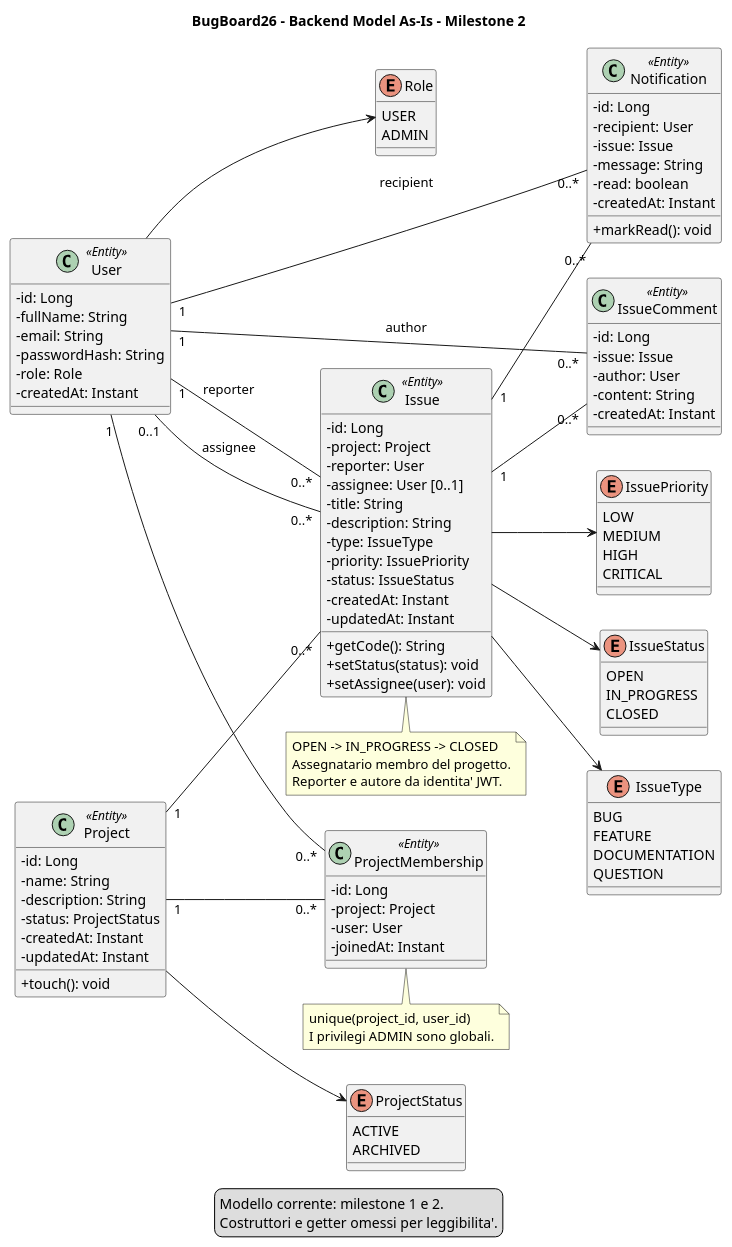
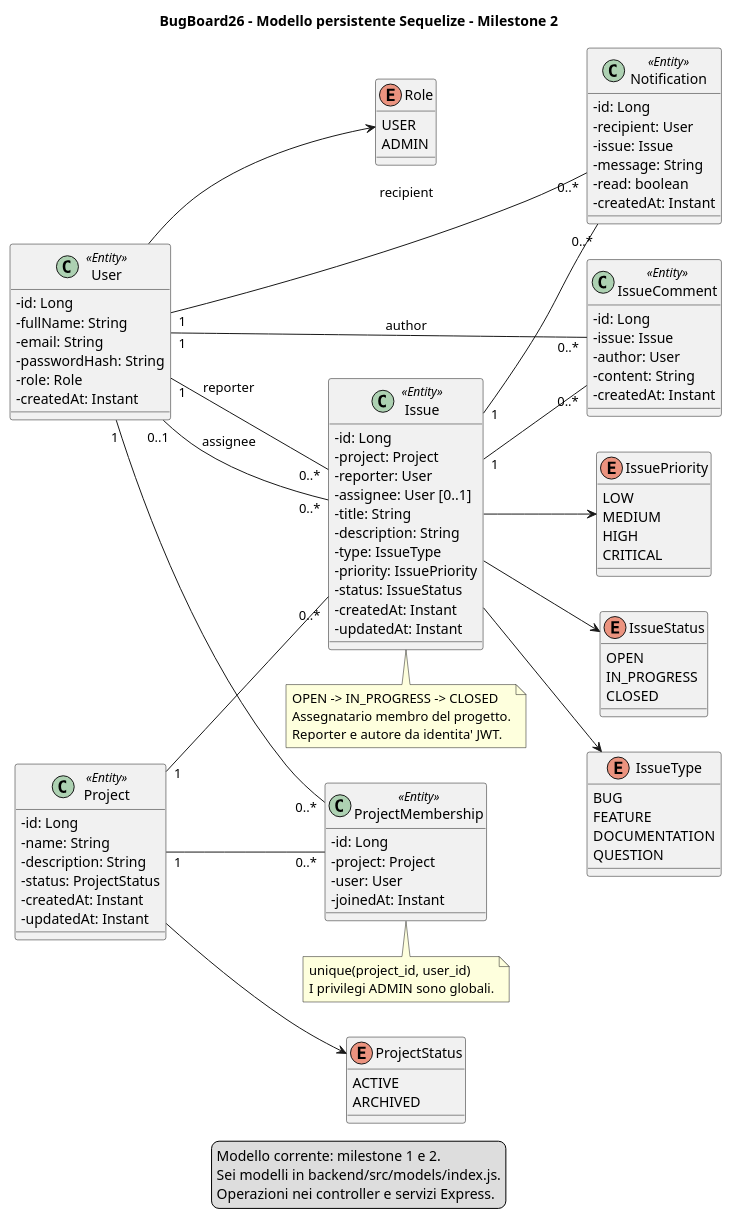
One commit to luxifer483/BugBoard26 changed the diagram in docs/diagrammi/backend-model-as-is.puml. Above: the diagram before and after it, drawn with PlantUML. The commit also changed 108 other files, not shown here.

Commit message:
Migrate backend to Express and Sequelize with PostgreSQL

```diff
--- a/docs/diagrammi/backend-model-as-is.puml
+++ b/docs/diagrammi/backend-model-as-is.puml
@@ -1,114 +1,110 @@
 @startuml
-title BugBoard26 - Backend Model As-Is - Milestone 2
+title BugBoard26 - Modello persistente Sequelize - Milestone 2
 left to right direction
 skinparam classAttributeIconSize 0
 skinparam shadowing false
 
 class User <<Entity>> {
   -id: Long
   -fullName: String
   -email: String
   -passwordHash: String
   -role: Role
   -createdAt: Instant
 }
 enum Role {
   USER
   ADMIN
 }
 class Project <<Entity>> {
   -id: Long
   -name: String
   -description: String
   -status: ProjectStatus
   -createdAt: Instant
   -updatedAt: Instant
-  +touch(): void
 }
 enum ProjectStatus {
   ACTIVE
   ARCHIVED
 }
 class ProjectMembership <<Entity>> {
   -id: Long
   -project: Project
   -user: User
   -joinedAt: Instant
 }
 User --> Role
 class Issue <<Entity>> {
   -id: Long
   -project: Project
   -reporter: User
   -assignee: User [0..1]
   -title: String
   -description: String
   -type: IssueType
   -priority: IssuePriority
   -status: IssueStatus
   -createdAt: Instant
   -updatedAt: Instant
-  +getCode(): String
-  +setStatus(status): void
-  +setAssignee(user): void
 }
 enum IssueStatus {
   OPEN
   IN_PROGRESS
   CLOSED
 }
 enum IssueType {
   BUG
   FEATURE
   DOCUMENTATION
   QUESTION
 }
 enum IssuePriority {
   LOW
   MEDIUM
   HIGH
   CRITICAL
 }
 class IssueComment <<Entity>> {
   -id: Long
   -issue: Issue
   -author: User
   -content: String
   -createdAt: Instant
 }
 class Notification <<Entity>> {
   -id: Long
   -recipient: User
   -issue: Issue
   -message: String
   -read: boolean
   -createdAt: Instant
-  +markRead(): void
 }
 Project "1" -- "0..*" Issue
 User "1" -- "0..*" Issue : reporter
 User "0..1" -- "0..*" Issue : assignee
 Issue --> IssueStatus
 Issue --> IssueType
 Issue --> IssuePriority
 Issue "1" -- "0..*" IssueComment
 User "1" -- "0..*" IssueComment : author
 Issue "1" -- "0..*" Notification
 User "1" -- "0..*" Notification : recipient
 note bottom of Issue
   OPEN -> IN_PROGRESS -> CLOSED
   Assegnatario membro del progetto.
   Reporter e autore da identita' JWT.
 end note
 Project --> ProjectStatus
 User "1" -- "0..*" ProjectMembership
 Project "1" -- "0..*" ProjectMembership
 note bottom of ProjectMembership
   unique(project_id, user_id)
   I privilegi ADMIN sono globali.
 end note
 legend bottom
   Modello corrente: milestone 1 e 2.
-  Costruttori e getter omessi per leggibilita'.
+  Sei modelli in backend/src/models/index.js.
+  Operazioni nei controller e servizi Express.
 endlegend
 @enduml
```
